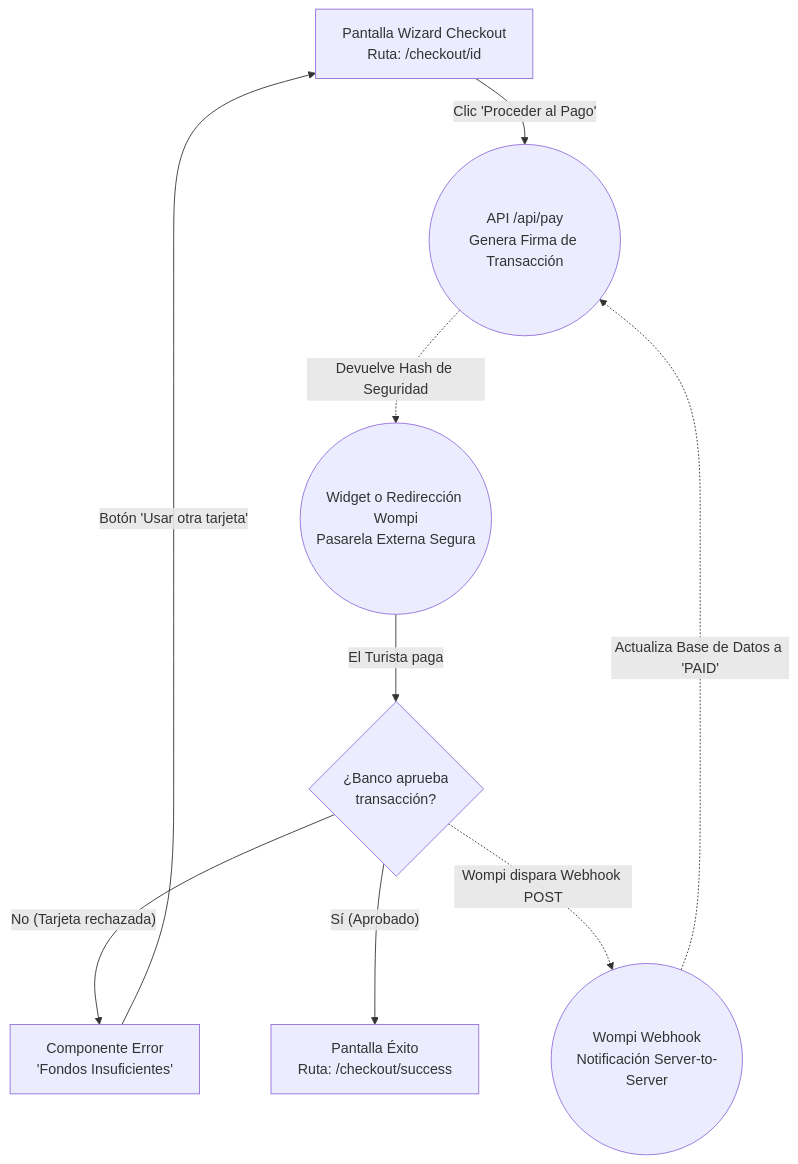
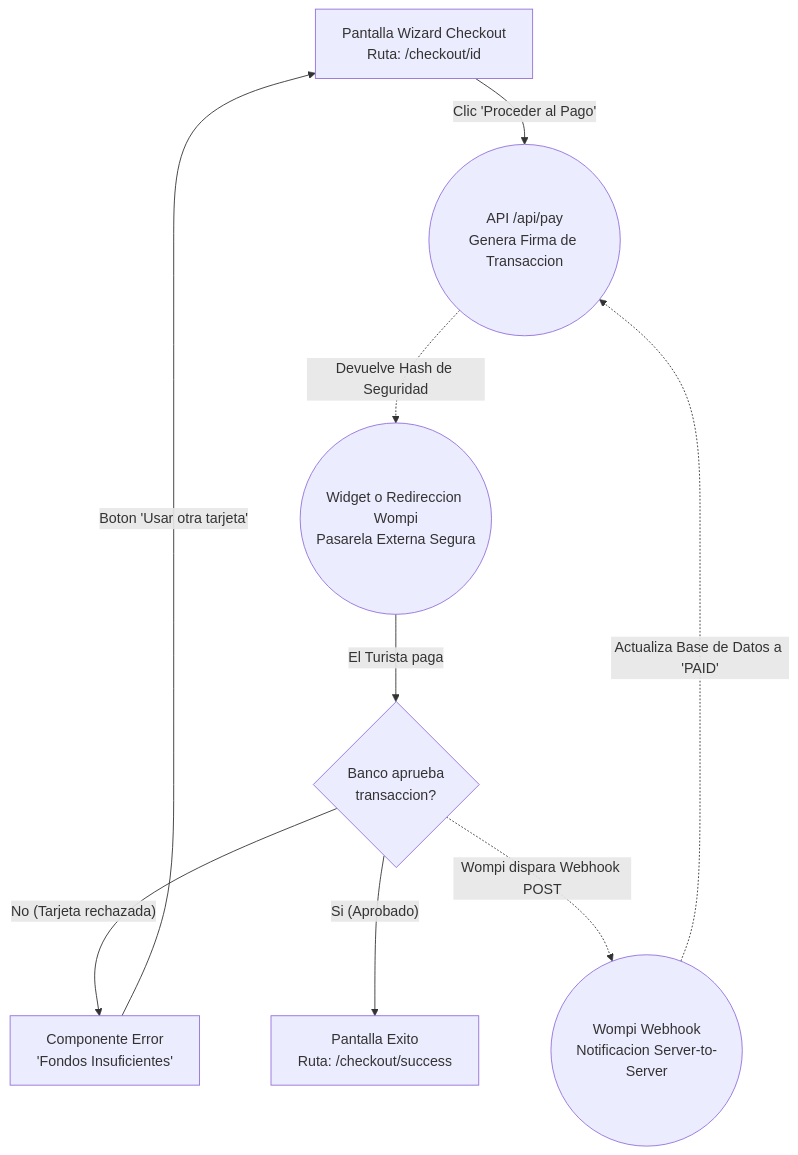
The first of 2 diagrams in docs/04-system-modeling/02.User_Flows_Task_Flows/modules/MOD-PAY_flows.md (camilolayos54-dotcom/NosFuimosdeFinca), drawn with Mermaid before and after one commit. The commit also changed other lines of this file and 62 other files, not shown here.

````diff
--- a/docs/04-system-modeling/02.User_Flows_Task_Flows/modules/MOD-PAY_flows.md
+++ b/docs/04-system-modeling/02.User_Flows_Task_Flows/modules/MOD-PAY_flows.md
@@ -37,33 +37,33 @@
 ```mermaid
 flowchart TD
     %% Nodos UI
     CheckoutUI[Pantalla Wizard Checkout<br>Ruta: /checkout/id]
-    WompiGateway((Widget o Redirección Wompi<br>Pasarela Externa Segura))
+    WompiGateway((Widget o Redireccion Wompi<br>Pasarela Externa Segura))
     ModalErrorUI[Componente Error<br>'Fondos Insuficientes']
-    SuccessUI[Pantalla Éxito<br>Ruta: /checkout/success]
+    SuccessUI[Pantalla Exito<br>Ruta: /checkout/success]
     
-    %% Nodos Asíncronos
-    BackendAPI((API /api/pay<br>Genera Firma de Transacción))
-    WompiWebhook((Wompi Webhook<br>Notificación Server-to-Server))
+    %% Nodos Asincronos
+    BackendAPI((API /api/pay<br>Genera Firma de Transaccion))
+    WompiWebhook((Wompi Webhook<br>Notificacion Server-to-Server))
     
     %% Decisiones
-    BankDecision{¿Banco aprueba<br>transacción?}
+    BankDecision{ Banco aprueba<br>transaccion?}
 
     %% Flujo Turista
     CheckoutUI --> |Clic 'Proceder al Pago'| BackendAPI
     BackendAPI -.-> |Devuelve Hash de Seguridad| WompiGateway
     
     %% Flujo ciego (El Turista ingresa su tarjeta en Wompi, NO en nuestra app)
     WompiGateway --> |El Turista paga| BankDecision
     
     %% Camino Triste (Declive)
     BankDecision -- No (Tarjeta rechazada) --> ModalErrorUI
-    ModalErrorUI --> |Botón 'Usar otra tarjeta'| CheckoutUI
+    ModalErrorUI --> |Boton 'Usar otra tarjeta'| CheckoutUI
     
     %% Camino Feliz y Webhook
-    BankDecision -- Sí (Aprobado) --> SuccessUI
+    BankDecision -- Si (Aprobado) --> SuccessUI
     
     %% Proceso en background (Invisible al Turista)
     BankDecision -.-> |Wompi dispara Webhook POST| WompiWebhook
     WompiWebhook -.-> |Actualiza Base de Datos a 'PAID'| BackendAPI
 ```
````
